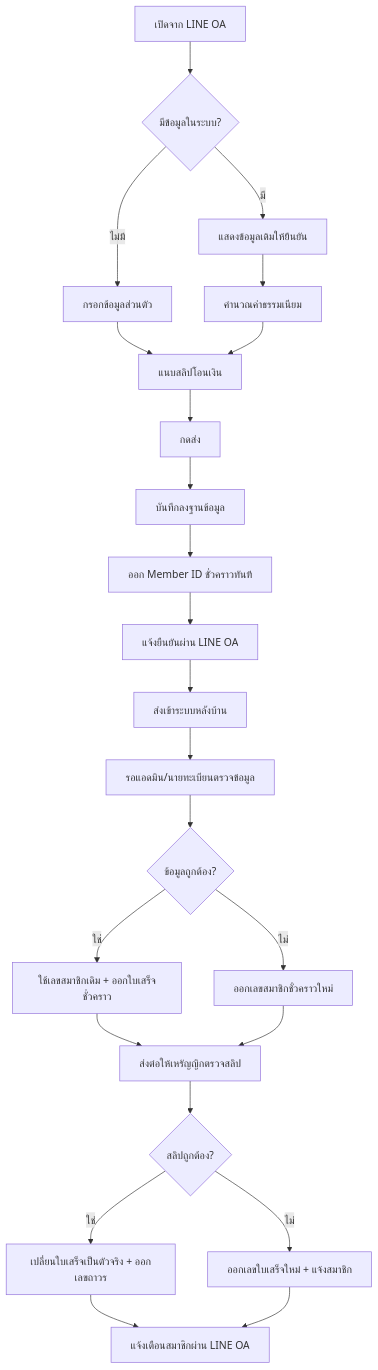
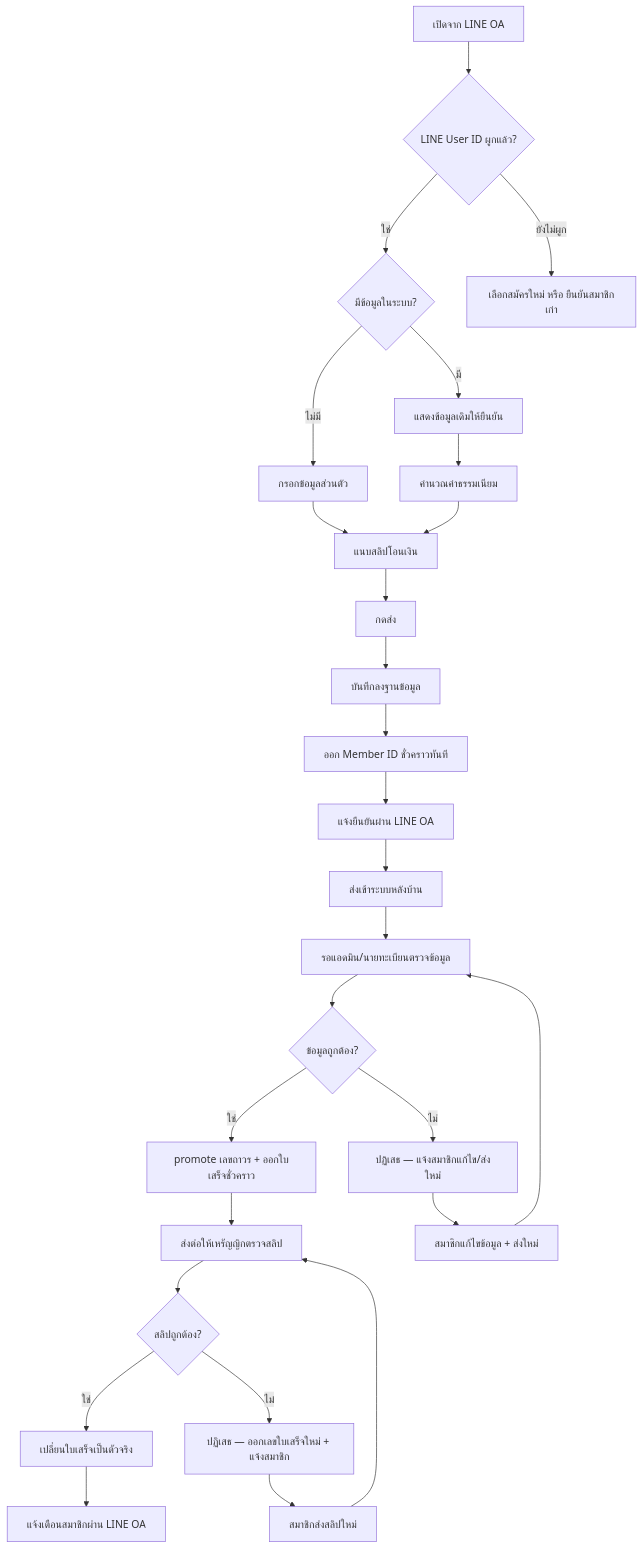
One commit to Cakenomsod/Fastwork_ABTA changed the third of 8 diagrams in ABTA-System/04-Workflows.md. Above: the diagram before and after it, drawn with Mermaid. The commit also changed other lines of this file and 7 other files, not shown here.

Commit message:
Refine membership flow: updated to promote permanent membership after registrar approval, revised temporary receipt issuance, and enhanced documentation for legacy member verification and LINE UID binding. Adjusted workflows and status definitions for clarity.

````diff
--- a/ABTA-System/04-Workflows.md
+++ b/ABTA-System/04-Workflows.md
@@ -24,25 +79,29 @@
 ```mermaid
 flowchart TD
-    A[เปิดจาก LINE OA] --> B{มีข้อมูลในระบบ?}
-    B -->|มี| C[แสดงข้อมูลเดิมให้ยืนยัน]
-    B -->|ไม่มี| D[กรอกข้อมูลส่วนตัว]
-    C --> E[คำนวณค่าธรรมเนียม]
-    D --> F[แนบสลิปโอนเงิน]
-    E --> F
-    F --> G[กดส่ง]
-    G --> H[บันทึกลงฐานข้อมูล]
-    H --> I[ออก Member ID ชั่วคราวทันที]
-    I --> K[แจ้งยืนยันผ่าน LINE OA]
-    K --> L[ส่งเข้าระบบหลังบ้าน]
-    L --> M[รอแอดมิน/นายทะเบียนตรวจข้อมูล]
-    M --> N{ข้อมูลถูกต้อง?}
-    N -->|ใช่| O[ใช้เลขสมาชิกเดิม + ออกใบเสร็จชั่วคราว]
-    N -->|ไม่| P[ออกเลขสมาชิกชั่วคราวใหม่]
-    O --> Q[ส่งต่อให้เหรัญญิกตรวจสลิป]
-    P --> Q
-    Q --> R{สลิปถูกต้อง?}
-    R -->|ใช่| S[เปลี่ยนใบเสร็จเป็นตัวจริง + ออกเลขถาวร]
-    R -->|ไม่| T[ออกเลขใบเสร็จใหม่ + แจ้งสมาชิก]
-    S --> U[แจ้งเตือนสมาชิกผ่าน LINE OA]
-    T --> U
+    A[เปิดจาก LINE OA] --> B{LINE User ID ผูกแล้ว?}
+    B -->|ใช่| C{มีข้อมูลในระบบ?}
+    B -->|ยังไม่ผูก| D[เลือกสมัครใหม่ หรือ ยืนยันสมาชิกเก่า]
+    C -->|มี| E[แสดงข้อมูลเดิมให้ยืนยัน]
+    C -->|ไม่มี| F[กรอกข้อมูลส่วนตัว]
+    E --> G[คำนวณค่าธรรมเนียม]
+    F --> H[แนบสลิปโอนเงิน]
+    G --> H
+    H --> I[กดส่ง]
+    I --> J[บันทึกลงฐานข้อมูล]
+    J --> K[ออก Member ID ชั่วคราวทันที]
+    K --> L[แจ้งยืนยันผ่าน LINE OA]
+    L --> M[ส่งเข้าระบบหลังบ้าน]
+    M --> N[รอแอดมิน/นายทะเบียนตรวจข้อมูล]
+    N --> O{ข้อมูลถูกต้อง?}
+    O -->|ใช่| P[promote เลขถาวร + ออกใบเสร็จชั่วคราว]
+    O -->|ไม่| Q[ปฏิเสธ — แจ้งสมาชิกแก้ไข/ส่งใหม่]
+    P --> R[ส่งต่อให้เหรัญญิกตรวจสลิป]
+    Q --> Q1[สมาชิกแก้ไขข้อมูล + ส่งใหม่]
+    Q1 --> N
+    R --> S{สลิปถูกต้อง?}
+    S -->|ใช่| T[เปลี่ยนใบเสร็จเป็นตัวจริง]
+    S -->|ไม่| U[ปฏิเสธ — ออกเลขใบเสร็จใหม่ + แจ้งสมาชิก]
+    U --> U1[สมาชิกส่งสลิปใหม่]
+    U1 --> R
+    T --> V[แจ้งเตือนสมาชิกผ่าน LINE OA]
 ```
````
